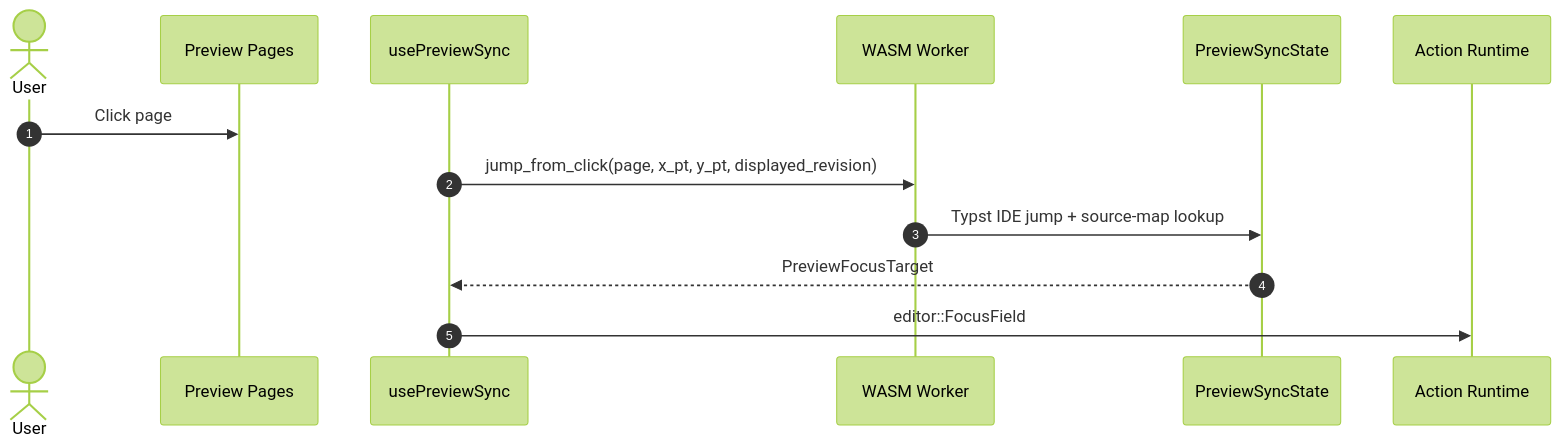
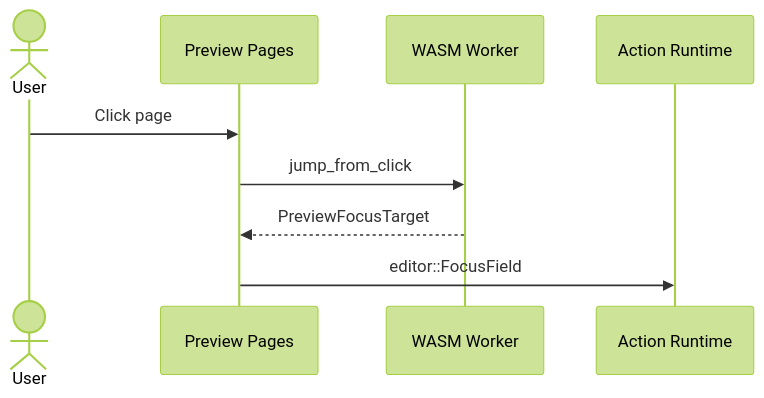
The ninth of 10 diagrams in context/sequence-diagrams.md (andmoreduro/ergo), drawn with Mermaid (forest theme) before and after one commit. The commit also changed other lines of this file and 372 other files, not shown here.

````diff
--- a/context/sequence-diagrams.md
+++ b/context/sequence-diagrams.md
@@ -197,17 +146,11 @@
 ```mermaid
 sequenceDiagram
-    autonumber
-
     actor User
     participant Preview as Preview Pages
-    participant Hook as usePreviewSync
     participant Worker as WASM Worker
-    participant Sync as PreviewSyncState
     participant Runtime as Action Runtime
-
     User->>Preview: Click page
-    Hook->>Worker: jump_from_click(page, x_pt, y_pt, displayed_revision)
-    Worker->>Sync: Typst IDE jump + source-map lookup
-    Sync-->>Hook: PreviewFocusTarget
-    Hook->>Runtime: editor::FocusField
+    Preview->>Worker: jump_from_click
+    Worker-->>Preview: PreviewFocusTarget
+    Preview->>Runtime: editor::FocusField
 ```
````
